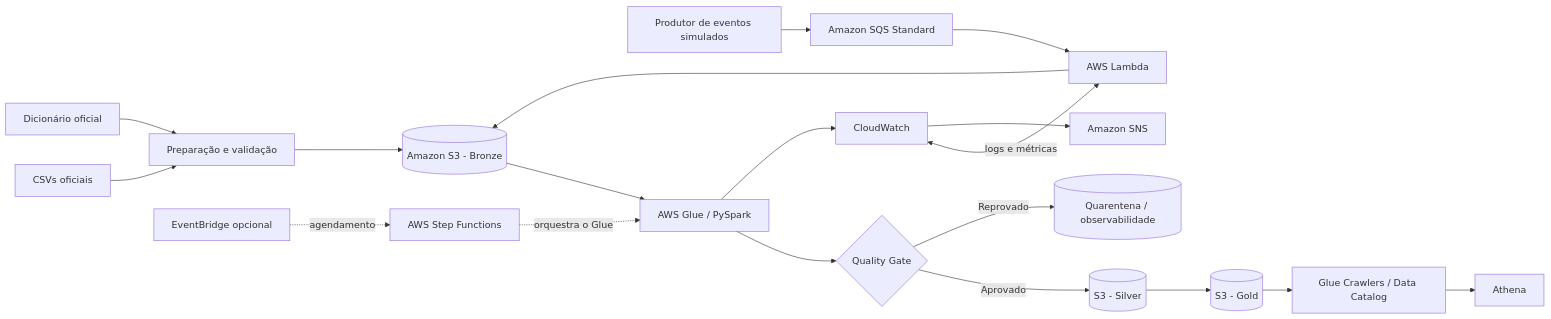
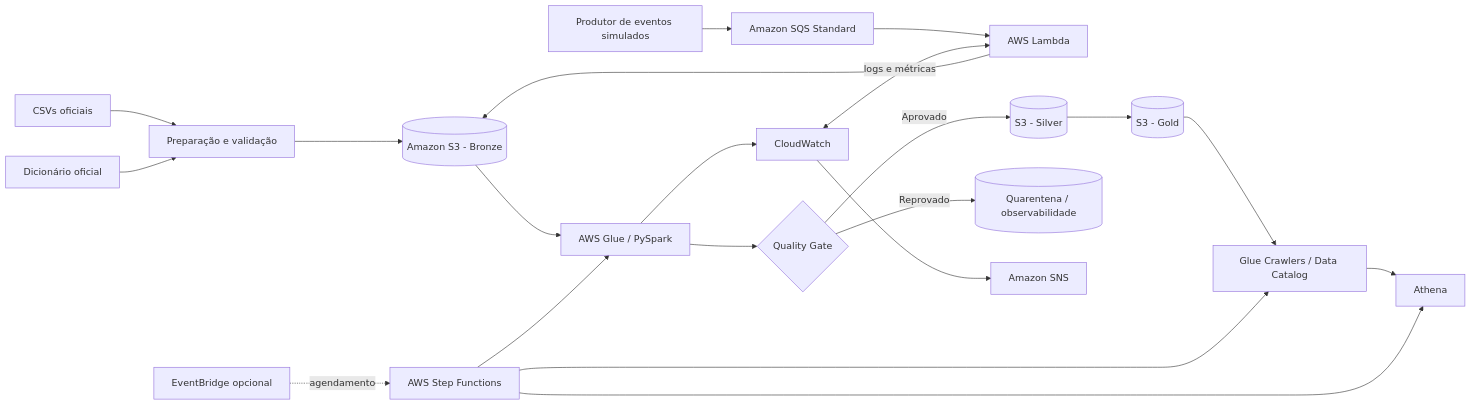
One commit to Eric-Schwinn-Lima/Tech-Challenge-Pipeline-Fase-2 changed the diagram in README.md. Above: the diagram before and after it, drawn with Mermaid. The commit also changed other lines of this file and 5 other files, not shown here.

````diff
--- a/README.md
+++ b/README.md
@@ -80,25 +80,27 @@
 ```mermaid
 flowchart LR
     SRC[CSVs oficiais] --> PREP[Preparação e validação]
     DICT[Dicionário oficial] --> PREP
     PREP --> BRONZE[(Amazon S3 - Bronze)]
 
     EVT[Produtor de eventos simulados] --> SQS[Amazon SQS Standard]
     SQS --> LAMBDA[AWS Lambda]
     LAMBDA --> BRONZE
 
     BRONZE --> GLUE[AWS Glue / PySpark]
     GLUE --> QA{Quality Gate}
     QA -->|Aprovado| SILVER[(S3 - Silver)]
     QA -->|Reprovado| QUAR[(Quarentena / observabilidade)]
     SILVER --> GOLD[(S3 - Gold)]
 
     GOLD --> CRAWL[Glue Crawlers / Data Catalog]
     CRAWL --> ATH[Athena]
 
-    SFN[AWS Step Functions] -. orquestra o Glue .-> GLUE
+    SFN[AWS Step Functions] --> GLUE
+    SFN --> CRAWL
+    SFN --> ATH
     CW[CloudWatch] <-->|logs e métricas| LAMBDA
     GLUE --> CW
     CW --> SNS[Amazon SNS]
     EB[EventBridge opcional] -. agendamento .-> SFN
 ```
````
